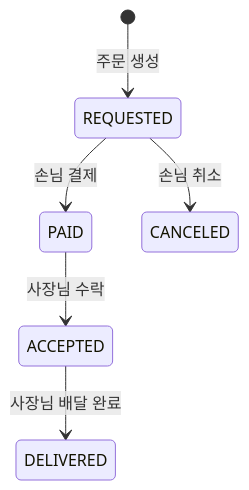
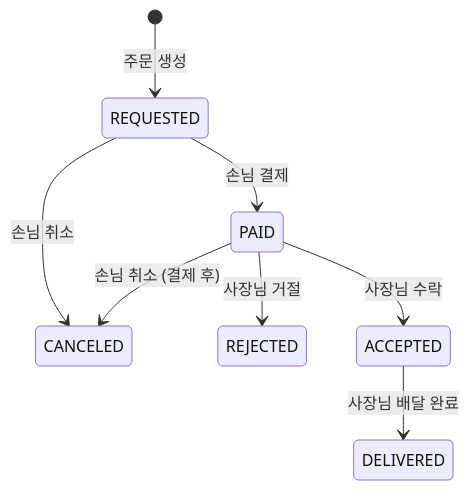
Before and after one commit to kimgywls/delivery: the second of 2 diagrams in README.md, drawn with Mermaid. The commit also changed other lines of this file and 1 other file, not shown here.

````diff
--- a/README.md
+++ b/README.md
@@ -163,8 +160,10 @@
 ```mermaid
 stateDiagram-v2
     [*] --> REQUESTED: 주문 생성
     REQUESTED --> PAID: 손님 결제
     REQUESTED --> CANCELED: 손님 취소
+    PAID --> CANCELED: 손님 취소 (결제 후)
+    PAID --> REJECTED: 사장님 거절
     PAID --> ACCEPTED: 사장님 수락
     ACCEPTED --> DELIVERED: 사장님 배달 완료
 ```
````
